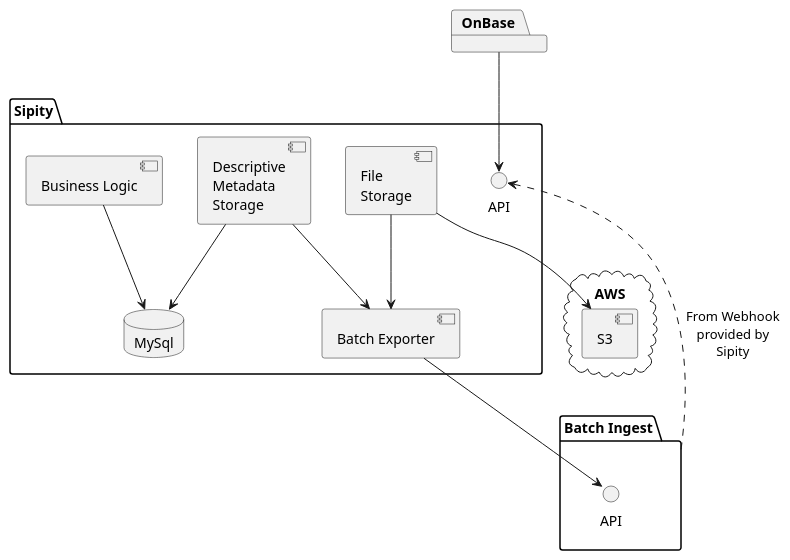
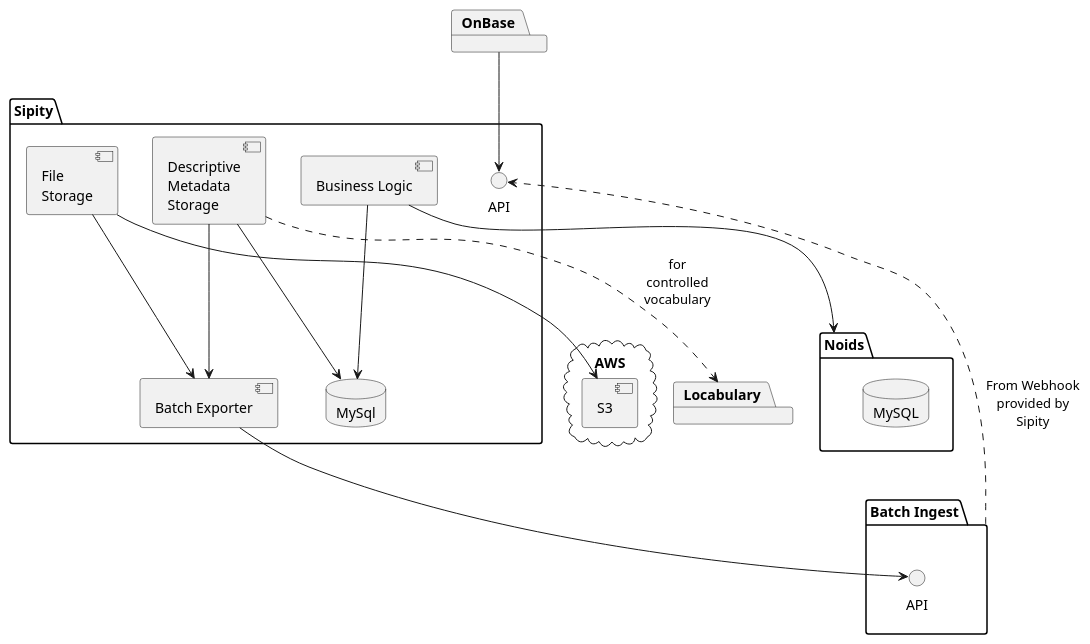
The diagram in plantuml/sipity.puml (ndlib/dam-ecosystem-mapping), drawn with PlantUML before and after one commit. The commit also changed 4 other files, not shown here.

```diff
--- a/plantuml/sipity.puml
+++ b/plantuml/sipity.puml
@@ -10,32 +10,40 @@
 @startuml
 
 package "Sipity" {
   component "File\nStorage" as SipityFS
   component "Descriptive\nMetadata\nStorage" as SipityDMS
   component "Batch Exporter" as SipityBE
   component "Business Logic" as SipityBL
   interface "API" as SipityAPI
   database "MySql"
 
 }
 
 package "Batch Ingest" as Batch {
   interface "API" as BatchAPI
 }
 
+package Noids {
+  database MySQL as MySQLNoids
+}
+
 package OnBase
+
+package Locabulary
+SipityDMS ..> Locabulary : "for\ncontrolled\nvocabulary"
 
 cloud "AWS" {
   component S3
 }
 
 SipityFS --> S3
 SipityDMS --> MySql
 SipityBE --> BatchAPI
 SipityFS --> SipityBE
 SipityDMS --> SipityBE
 Batch ..> SipityAPI : "From Webhook\nprovided by\nSipity"
 SipityBL --> MySql
+SipityBL --> Noids
 OnBase --> SipityAPI
 
 @enduml
```
